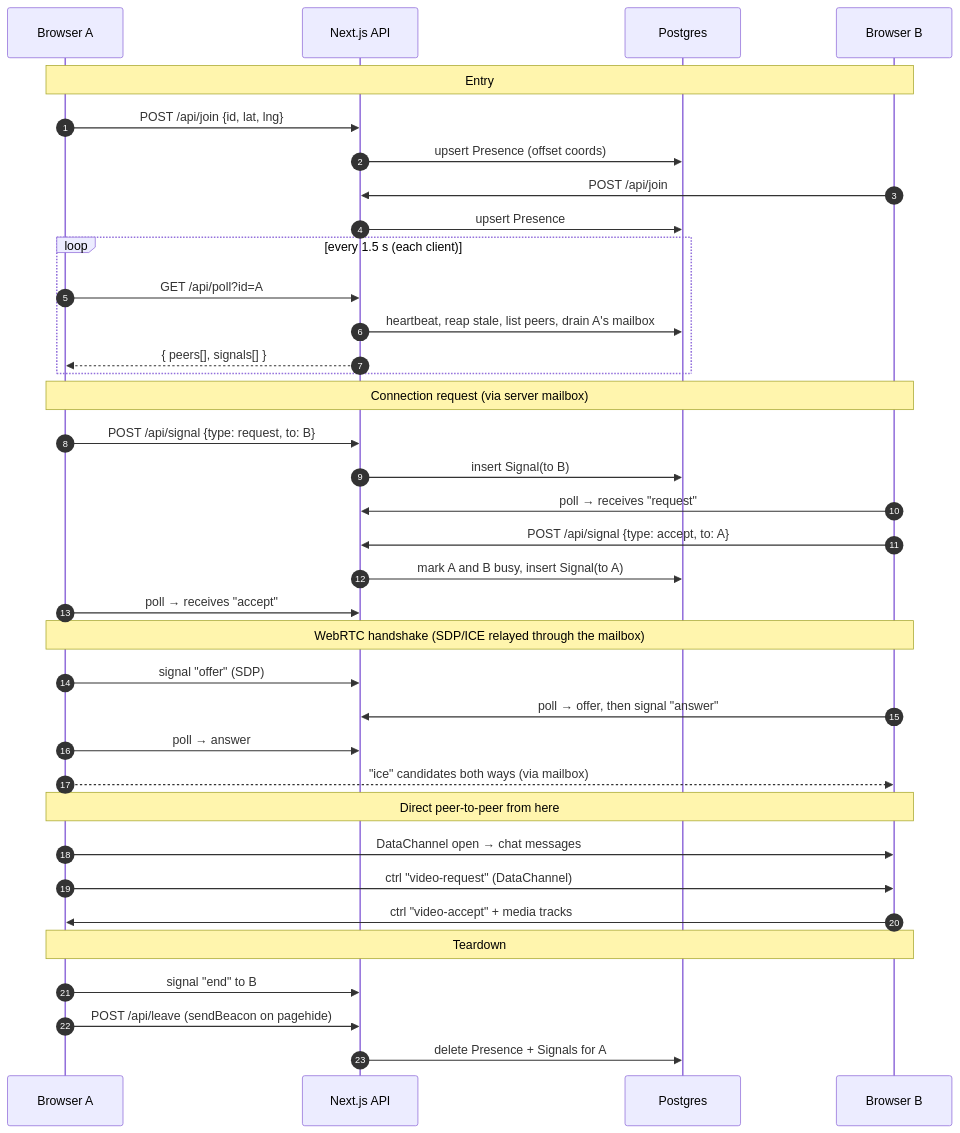
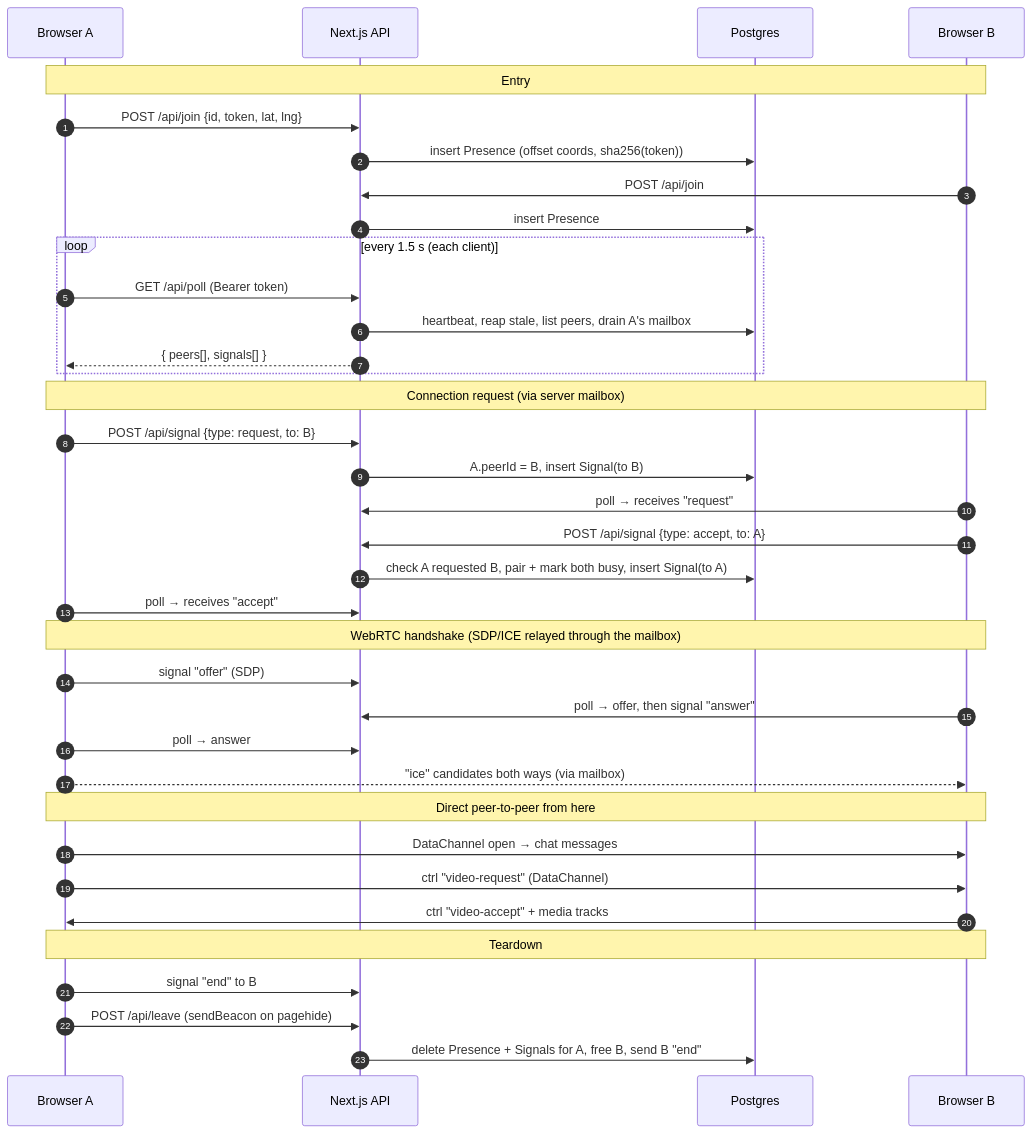
The second of 2 diagrams in docs/architecture.md (nkorgik/paws), drawn with Mermaid before and after one commit. The commit also changed other lines of this file, not shown here.

Commit message:
docs(architecture): update for session tokens, pairing and rate limits

````diff
--- a/docs/architecture.md
+++ b/docs/architecture.md
@@ -46,44 +46,44 @@
 ```mermaid
 sequenceDiagram
     autonumber
     participant A as Browser A
     participant S as Next.js API
     participant D as Postgres
     participant B as Browser B
 
     Note over A,B: Entry
-    A->>S: POST /api/join {id, lat, lng}
-    S->>D: upsert Presence (offset coords)
+    A->>S: POST /api/join {id, token, lat, lng}
+    S->>D: insert Presence (offset coords, sha256(token))
     B->>S: POST /api/join
-    S->>D: upsert Presence
+    S->>D: insert Presence
 
     loop every 1.5 s (each client)
-        A->>S: GET /api/poll?id=A
+        A->>S: GET /api/poll (Bearer token)
         S->>D: heartbeat, reap stale, list peers, drain A's mailbox
         S-->>A: { peers[], signals[] }
     end
 
     Note over A,B: Connection request (via server mailbox)
     A->>S: POST /api/signal {type: request, to: B}
-    S->>D: insert Signal(to B)
+    S->>D: A.peerId = B, insert Signal(to B)
     B->>S: poll → receives "request"
     B->>S: POST /api/signal {type: accept, to: A}
-    S->>D: mark A and B busy, insert Signal(to A)
+    S->>D: check A requested B, pair + mark both busy, insert Signal(to A)
     A->>S: poll → receives "accept"
 
     Note over A,B: WebRTC handshake (SDP/ICE relayed through the mailbox)
     A->>S: signal "offer" (SDP)
     B->>S: poll → offer, then signal "answer"
     A->>S: poll → answer
     A-->>B: "ice" candidates both ways (via mailbox)
 
     Note over A,B: Direct peer-to-peer from here
     A->>B: DataChannel open → chat messages
     A->>B: ctrl "video-request" (DataChannel)
     B->>A: ctrl "video-accept" + media tracks
 
     Note over A,B: Teardown
     A->>S: signal "end" to B
     A->>S: POST /api/leave (sendBeacon on pagehide)
-    S->>D: delete Presence + Signals for A
+    S->>D: delete Presence + Signals for A, free B, send B "end"
 ```
````
